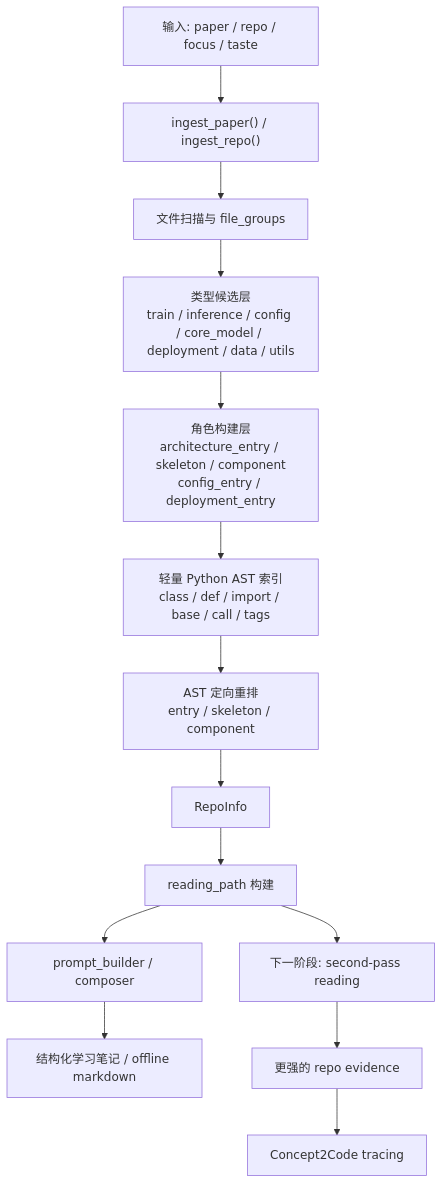
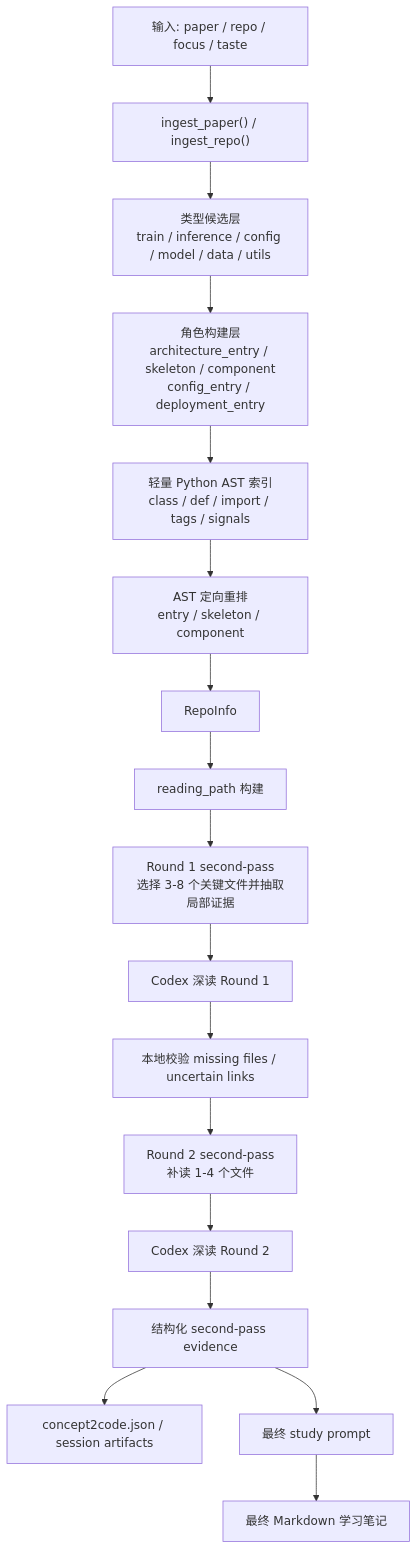
The first of 2 diagrams in README-architecture.md (hundredthtree-OvO/myEmbodiedVLA-agent), drawn with Mermaid before and after one commit. The commit also changed other lines of this file and 11 other files, not shown here.

````diff
--- a/README-architecture.md
+++ b/README-architecture.md
@@ -7,16 +7,19 @@
 ```mermaid
 flowchart TD
     A["输入: paper / repo / focus / taste"] --> B["ingest_paper() / ingest_repo()"]
-    B --> C["文件扫描与 file_groups"]
-    C --> C1["类型候选层<br/>train / inference / config / core_model / deployment / data / utils"]
-    C1 --> D["角色构建层<br/>architecture_entry / skeleton / component<br/>config_entry / deployment_entry"]
-    D --> E["轻量 Python AST 索引<br/>class / def / import / base / call / tags"]
+    B --> C["类型候选层<br/>train / inference / config / model / data / utils"]
+    C --> D["角色构建层<br/>architecture_entry / skeleton / component<br/>config_entry / deployment_entry"]
+    D --> E["轻量 Python AST 索引<br/>class / def / import / tags / signals"]
     E --> F["AST 定向重排<br/>entry / skeleton / component"]
     F --> G["RepoInfo"]
     G --> H["reading_path 构建"]
-    H --> I["prompt_builder / composer"]
-    I --> J["结构化学习笔记 / offline markdown"]
-    H --> K["下一阶段: second-pass reading"]
-    K --> L["更强的 repo evidence"]
-    L --> M["Concept2Code tracing"]
+    H --> I["Round 1 second-pass<br/>选择 3-8 个关键文件并抽取局部证据"]
+    I --> J["Codex 深读 Round 1"]
+    J --> K["本地校验 missing files / uncertain links"]
+    K --> L["Round 2 second-pass<br/>补读 1-4 个文件"]
+    L --> M["Codex 深读 Round 2"]
+    M --> N["结构化 second-pass evidence"]
+    N --> O["concept2code.json / session artifacts"]
+    N --> P["最终 study prompt"]
+    P --> Q["最终 Markdown 学习笔记"]
 ```
````
